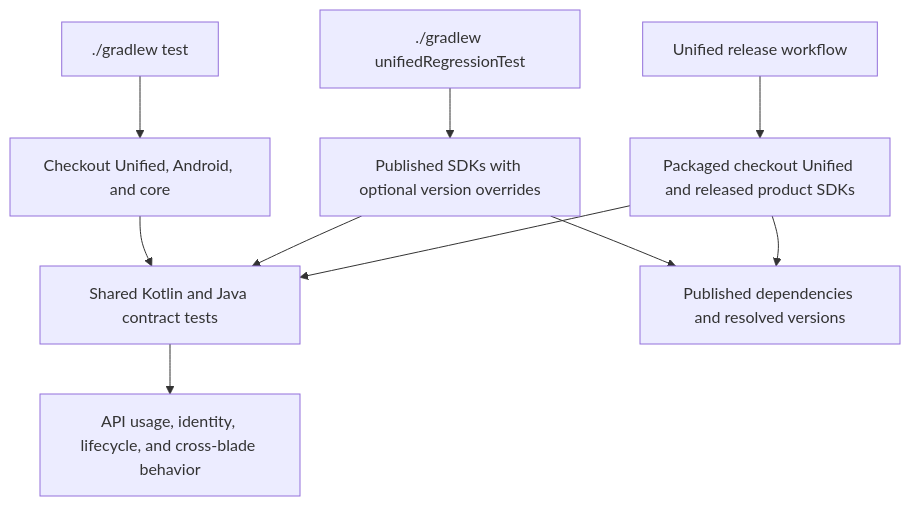
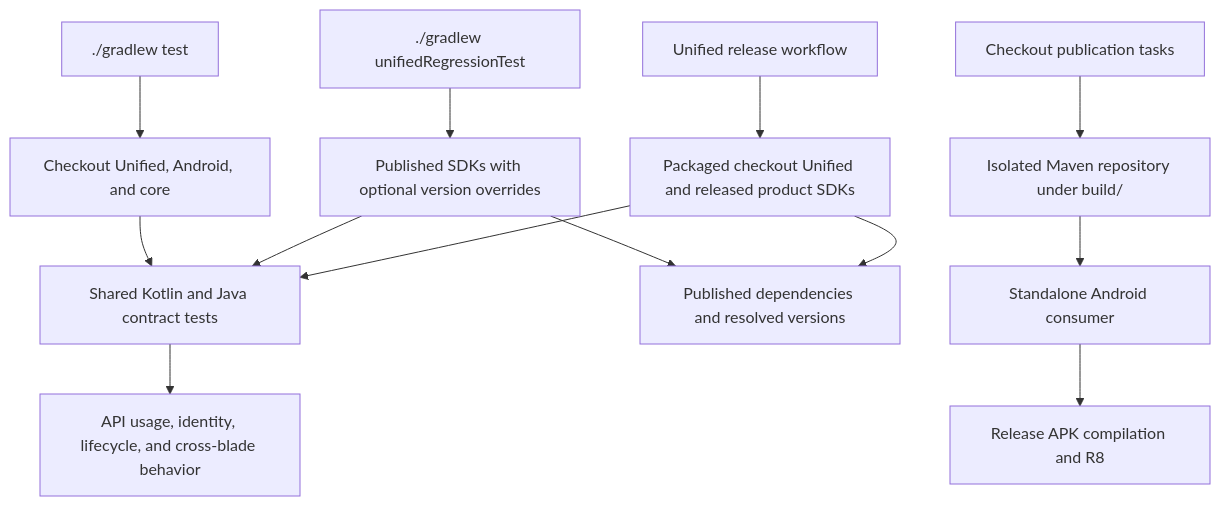
Before and after one commit to amplitude/Amplitude-Kotlin: the diagram in sdk-verification/README.md, drawn with Mermaid. The commit also changed other lines of this file and 25 other files, not shown here.

Commit message:
test: narrow Unified verification to consumer build

````diff
--- a/sdk-verification/README.md
+++ b/sdk-verification/README.md
@@ -65,12 +65,15 @@
 ```mermaid
 flowchart TD
     Local["./gradlew test"] --> Projects[Checkout Unified, Android, and core]
     Published["./gradlew unifiedRegressionTest"] --> Maven[Published SDKs with optional version overrides]
     Projects --> Contracts[Shared Kotlin and Java contract tests]
     Maven --> Contracts
     Release[Unified release workflow] --> Candidate[Packaged checkout Unified and released product SDKs]
     Candidate --> Contracts
     Contracts --> Behavior[API usage, identity, lifecycle, and cross-blade behavior]
     Maven --> Metadata[Published dependencies and resolved versions]
     Candidate --> Metadata
+    Checkout[Checkout publication tasks] --> Isolated[Isolated Maven repository under build/]
+    Isolated --> Consumer[Standalone Android consumer]
+    Consumer --> APK[Release APK compilation and R8]
 ```
````
